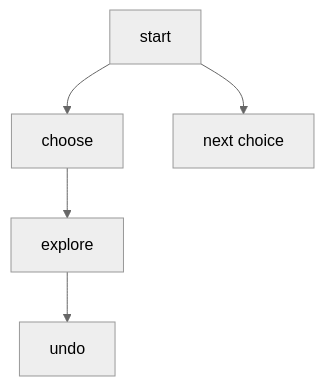
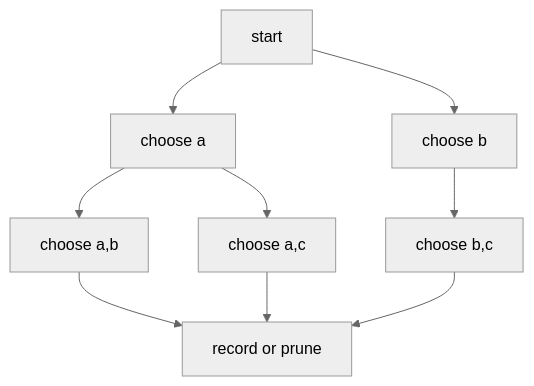
Before and after one commit to Icon1cc/Data-Structures-and-Algorithms: the diagram in backtracking/README.md, drawn with Mermaid (neutral theme). The commit also changed other lines of this file and 112 other files, not shown here.

````diff
--- a/backtracking/README.md
+++ b/backtracking/README.md
@@ -55,7 +62,11 @@
 ```mermaid
-flowchart TB
-    S[start] --> A[choose]
-    A --> B[explore]
-    B --> C[undo]
-    S --> D[next choice]
+flowchart TD
+    A[start] --> B[choose a]
+    A --> C[choose b]
+    B --> D[choose a,b]
+    B --> E[choose a,c]
+    C --> F[choose b,c]
+    D --> G[record or prune]
+    E --> G
+    F --> G
 ```
````
